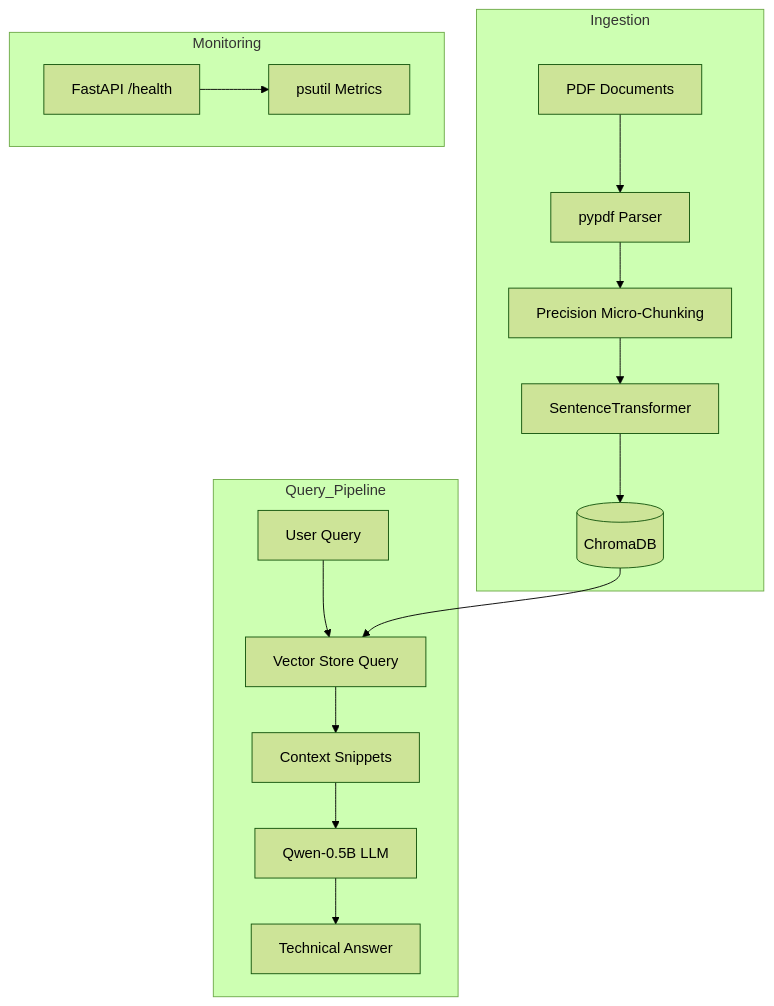
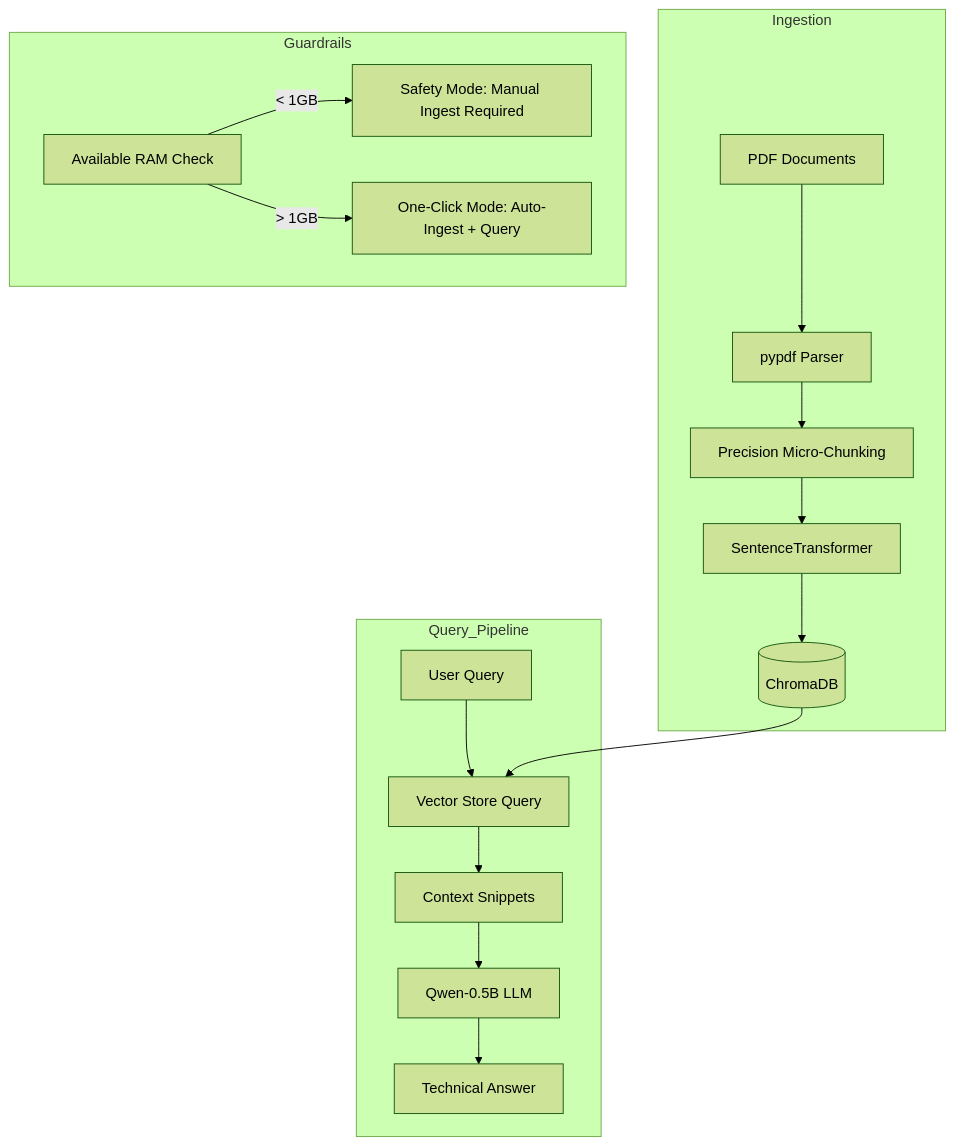
Before and after one commit to Rishi-Pokhrel/DirectML-ESG-RAG: the diagram in README.md, drawn with Mermaid (forest theme). The commit also changed other lines of this file and 3 other files, not shown here.

````diff
--- a/README.md
+++ b/README.md
@@ -17,19 +17,20 @@
 ```mermaid
 graph TD
     subgraph Ingestion
         A[PDF Documents] --> B[pypdf Parser]
         B --> C[Precision Micro-Chunking]
         C --> D[SentenceTransformer]
         D --> E[(ChromaDB)]
     end
     subgraph Query_Pipeline
         F[User Query] --> G[Vector Store Query]
         E --> G
         G --> H[Context Snippets]
         H --> I[Qwen-0.5B LLM]
         I --> J[Technical Answer]
     end
-    subgraph Monitoring
-        K[FastAPI /health] --> L[psutil Metrics]
+    subgraph Guardrails
+        K[Available RAM Check] -- < 1GB --> L[Safety Mode: Manual Ingest Required]
+        K -- > 1GB --> M[One-Click Mode: Auto-Ingest + Query]
     end
 ```
````
